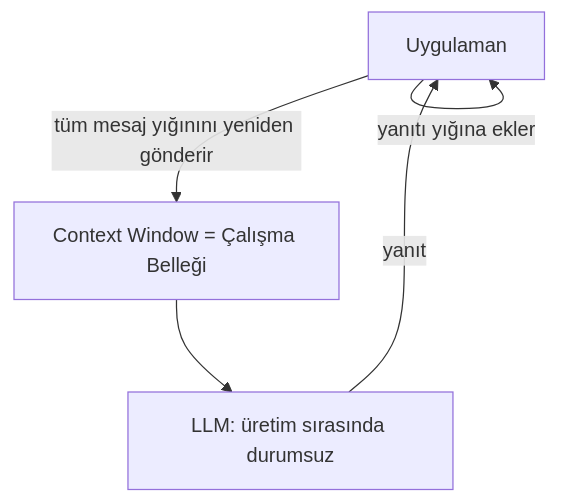
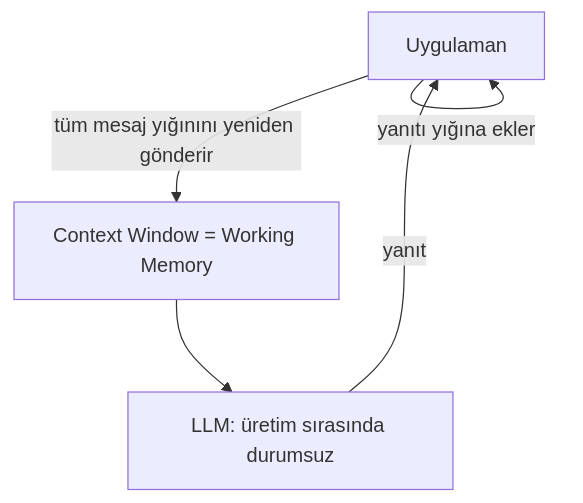
One commit to lokumai/ai-engineering-bazaar changed the first of 2 diagrams in mini-courses/1_fundamentals/memory_tr.md. Above: the diagram before and after it, drawn with Mermaid. The commit also changed other lines of this file and 73 other files, not shown here.

````diff
--- a/mini-courses/1_fundamentals/memory_tr.md
+++ b/mini-courses/1_fundamentals/memory_tr.md
@@ -41,7 +41,7 @@
 ```mermaid
 graph TD
-    A[Uygulaman] -->|tüm mesaj yığınını yeniden gönderir| B[Context Window = Çalışma Belleği]
+    A[Uygulaman] -->|tüm mesaj yığınını yeniden gönderir| B[Context Window = Working Memory]
     B --> C[LLM: üretim sırasında durumsuz]
     C -->|yanıt| A
     A -->|yanıtı yığına ekler| A
 ```
````
